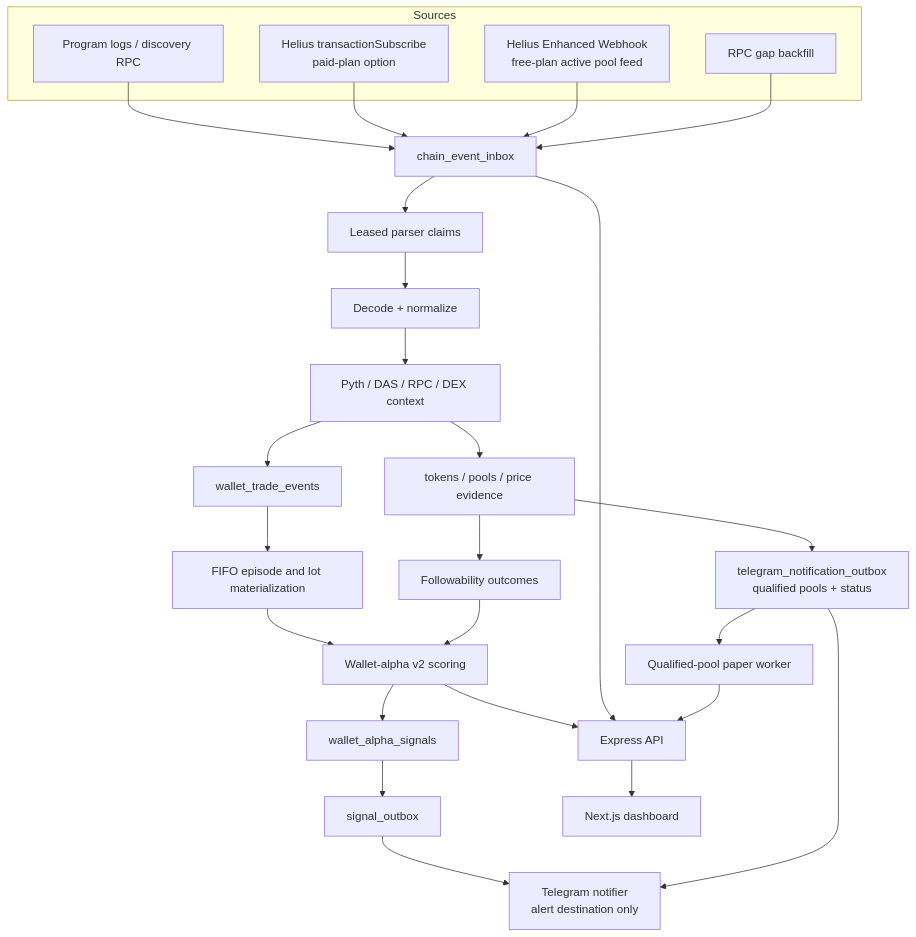
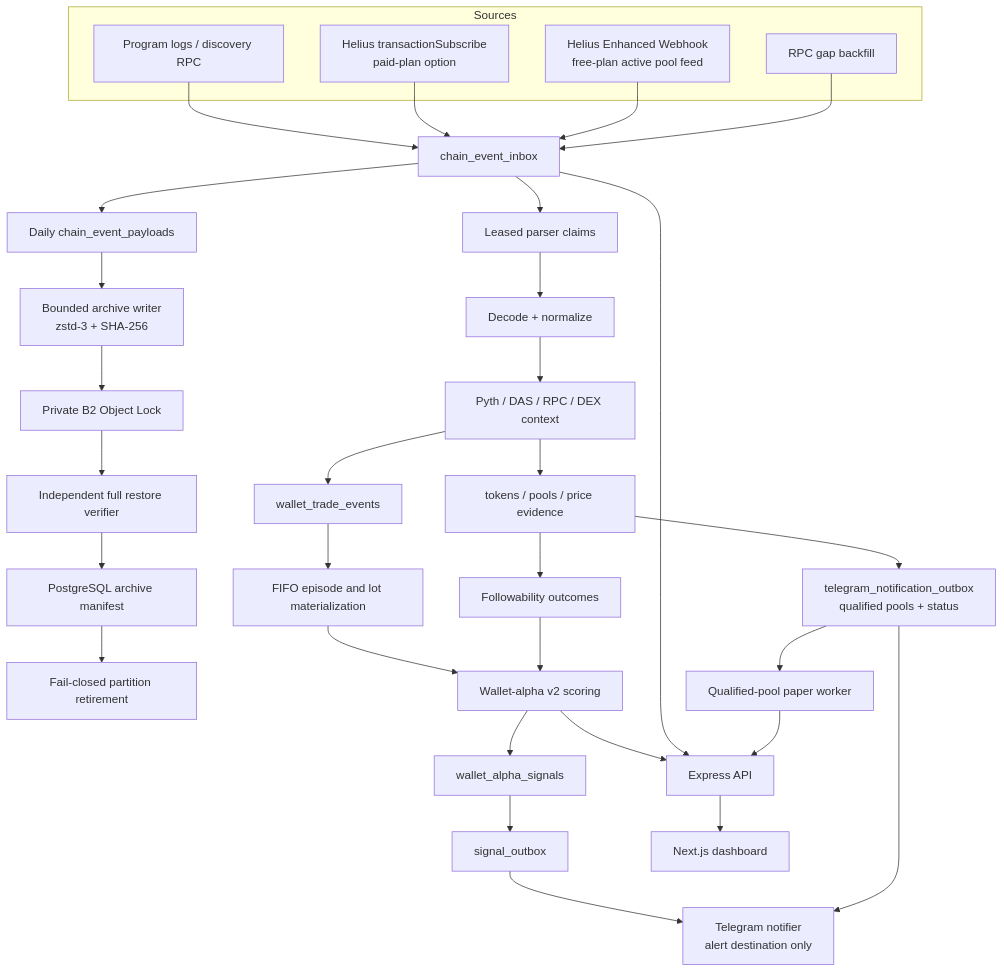
One commit to umutergul74/walletscaner changed the diagram in docs/architecture.md. Above: the diagram before and after it, drawn with Mermaid. The commit also changed other lines of this file and 191 other files, not shown here.

````diff
--- a/docs/architecture.md
+++ b/docs/architecture.md
@@ -5,33 +5,39 @@
 ```mermaid
 flowchart TD
   subgraph Sources
     PD["Program logs / discovery RPC"]
     HW["Helius Enhanced Webhook\nfree-plan active pool feed"]
     HT["Helius transactionSubscribe\npaid-plan option"]
     BF["RPC gap backfill"]
   end
 
   PD --> IN["chain_event_inbox"]
   HT --> IN
   HW --> IN
   BF --> IN
+  IN --> PAY["Daily chain_event_payloads"]
+  PAY --> AW["Bounded archive writer\nzstd-3 + SHA-256"]
+  AW --> B2["Private B2 Object Lock"]
+  B2 --> AV["Independent full restore verifier"]
+  AV --> AM["PostgreSQL archive manifest"]
+  AM --> RET["Fail-closed partition retirement"]
   IN --> CL["Leased parser claims"]
   CL --> DN["Decode + normalize"]
   DN --> EN["Pyth / DAS / RPC / DEX context"]
   EN --> TE["wallet_trade_events"]
   EN --> PE["tokens / pools / price evidence"]
   TE --> FL["FIFO episode and lot materialization"]
   PE --> FA["Followability outcomes"]
   FL --> WA["Wallet-alpha v2 scoring"]
   FA --> WA
   WA --> SIG["wallet_alpha_signals"]
   SIG --> OUT["signal_outbox"]
   PE --> TNO["telegram_notification_outbox\nqualified pools + status"]
   TNO --> PAPER["Qualified-pool paper worker"]
   OUT --> ALERT["Telegram notifier\nalert destination only"]
   TNO --> ALERT
   WA --> API["Express API"]
   IN --> API
   PAPER --> API
   API --> WEB["Next.js dashboard"]
 ```
````
